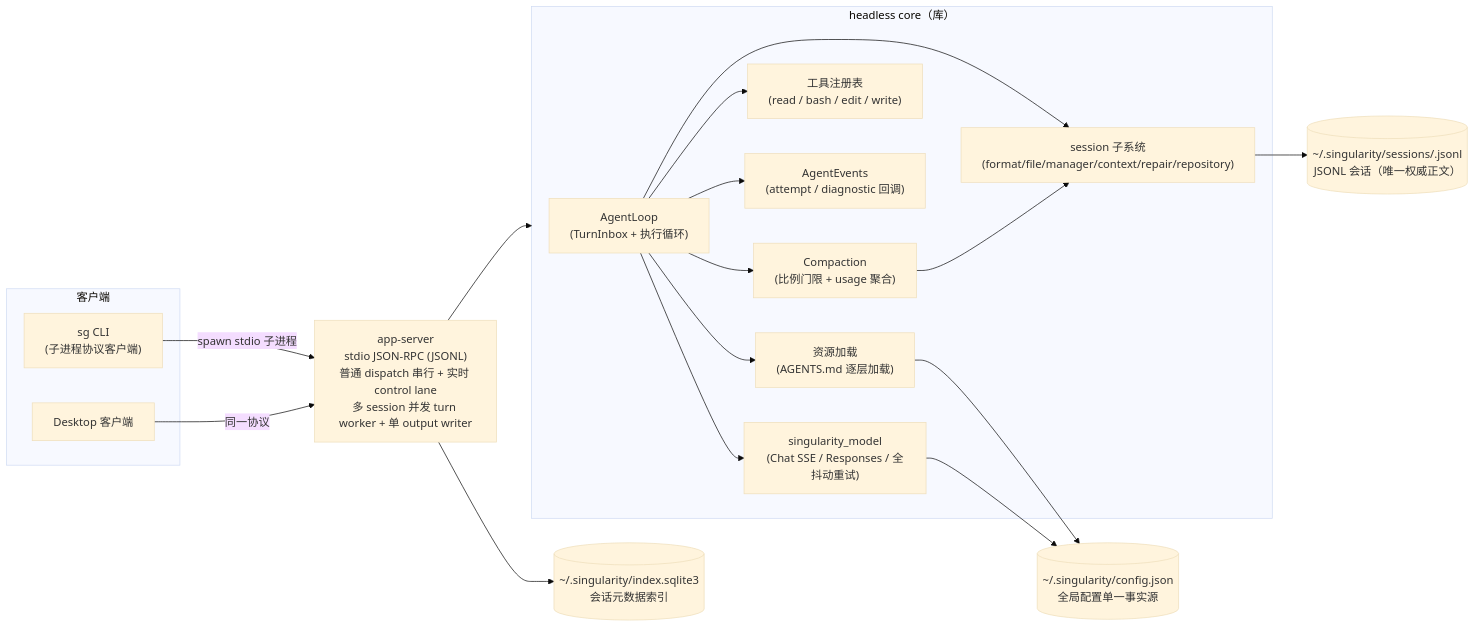
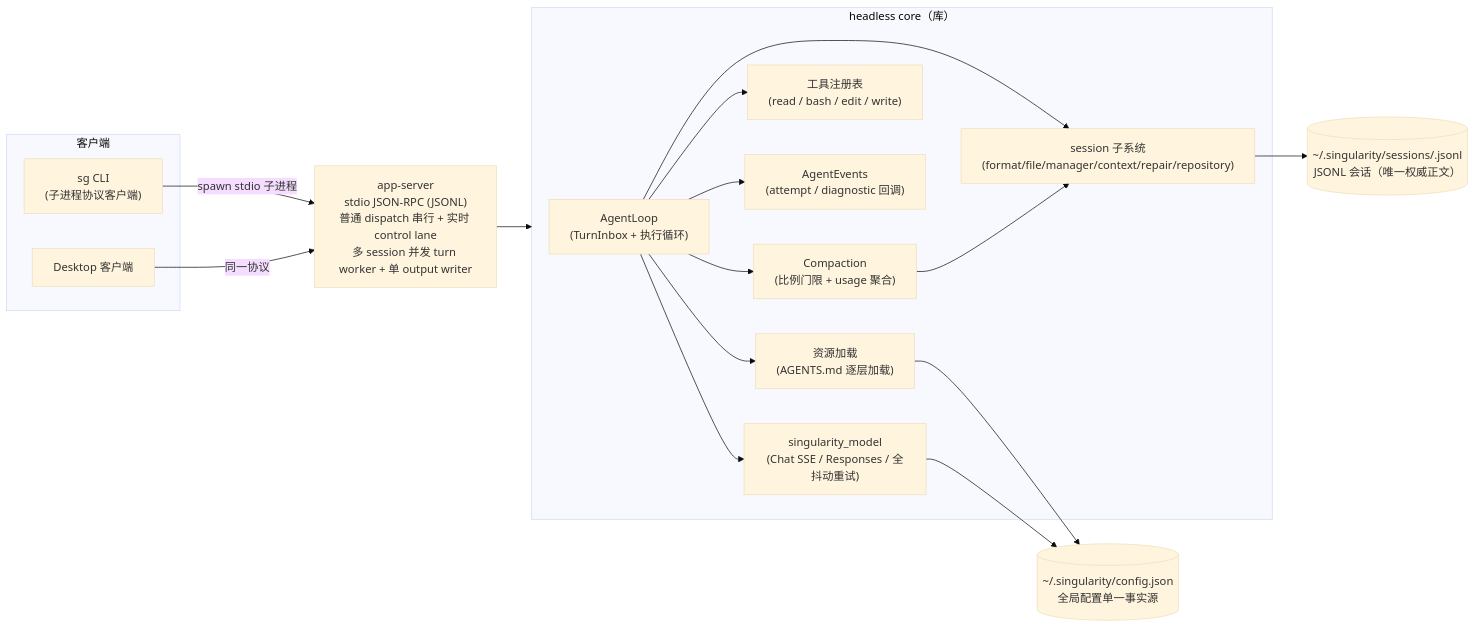
Before and after one commit to qjcnmd/singularity-agent: the first of 7 diagrams in docs/singularity.md, drawn with Mermaid (base theme). The commit also changed other lines of this file and 36 other files, not shown here.

````diff
--- a/docs/singularity.md
+++ b/docs/singularity.md
@@ -30,35 +30,32 @@
 ```mermaid
 flowchart LR
     subgraph Client["客户端"]
         CLI["sg CLI<br/>(子进程协议客户端)"]
         Dsk["Desktop 客户端"]
     end
     Svr["app-server<br/>stdio JSON-RPC (JSONL)<br/>普通 dispatch 串行 + 实时 control lane<br/>多 session 并发 turn worker + 单 output writer"]
     subgraph Core["headless core（库）"]
         Loop["AgentLoop<br/>(TurnInbox + 执行循环)"]
         SM["session 子系统<br/>(format/file/manager/context/repair/repository)"]
         CP["Compaction<br/>(比例门限 + usage 聚合)"]
         TR["工具注册表<br/>(read / bash / edit / write)"]
         EV["AgentEvents<br/>(attempt / diagnostic 回调)"]
         RL["资源加载<br/>(AGENTS.md 逐层加载)"]
         PV["singularity_model<br/>(Chat SSE / Responses / 全抖动重试)"]
     end
     CFG[("~/.singularity/config.json<br/>全局配置单一事实源")]
     SES[("~/.singularity/sessions/<uuid>.jsonl<br/>JSONL 会话（唯一权威正文）")]
-
-    IDX[("~/.singularity/index.sqlite3<br/>会话元数据索引")]
     CLI -->|"spawn stdio 子进程"| Svr
     Dsk -->|"同一协议"| Svr
     Svr --> Core
     Loop --> SM
     Loop --> CP
     Loop --> TR
     Loop --> EV
     Loop --> RL
     Loop --> PV
     CP --> SM
     SM --> SES
-    Svr --> IDX
     RL --> CFG
     PV --> CFG
 ```
````
